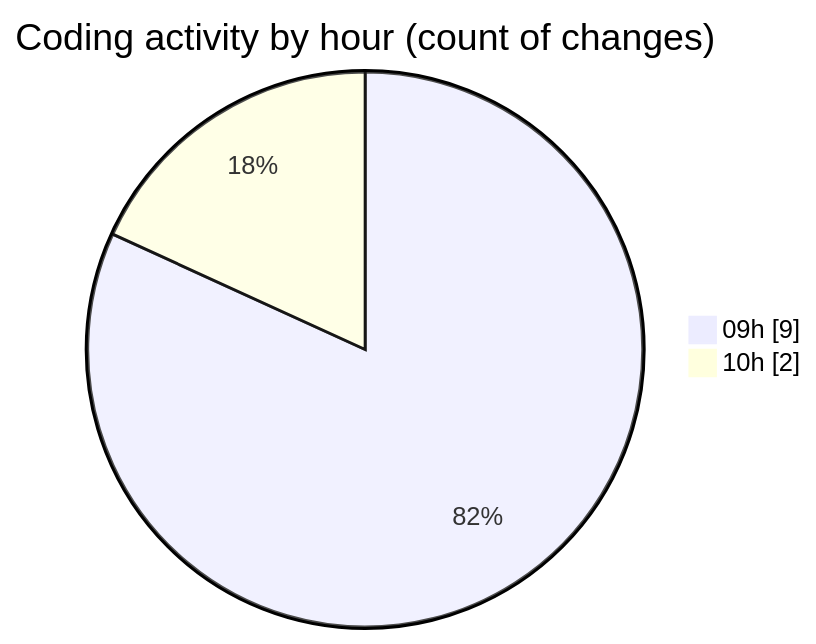
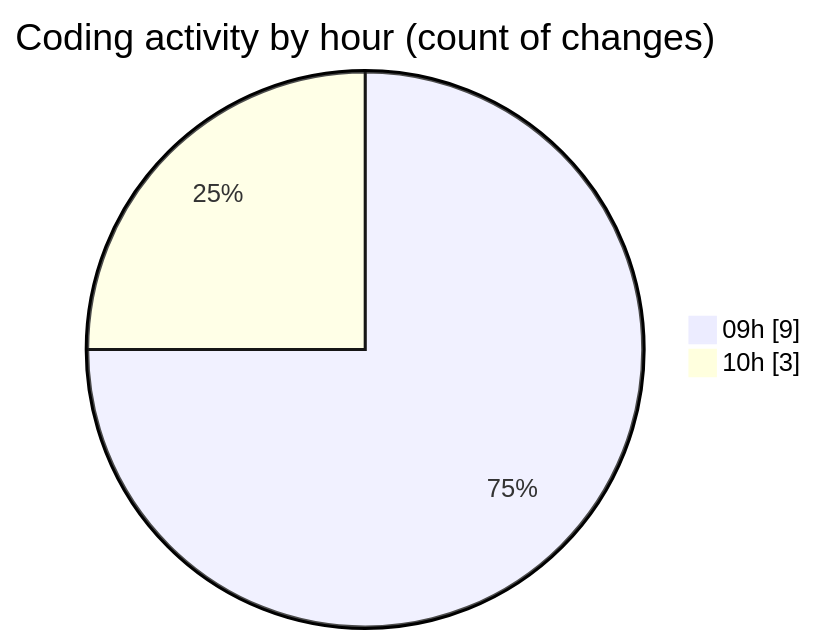
Before and after one commit to momahboobian/code-tracking: the second of 2 diagrams in 2026-01-09/cda/README.md, drawn with Mermaid. The commit also changed other lines of this file and 1 other file, not shown here.

````diff
--- a/2026-01-09/cda/README.md
+++ b/2026-01-09/cda/README.md
@@ -29,6 +31,6 @@
 ```mermaid
 pie showData
 title Coding activity by hour (count of changes)
 "09h" : 9
-"10h" : 2
+"10h" : 3
 ```
````
